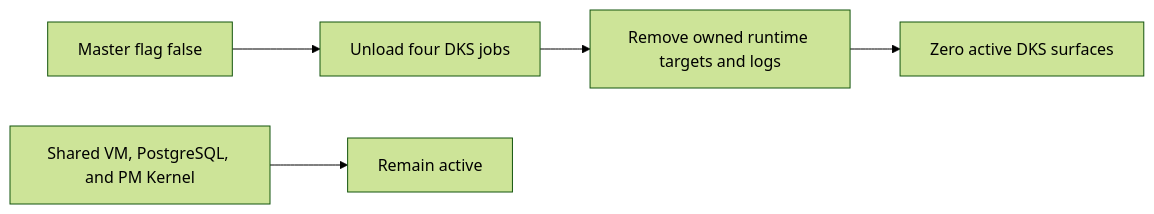
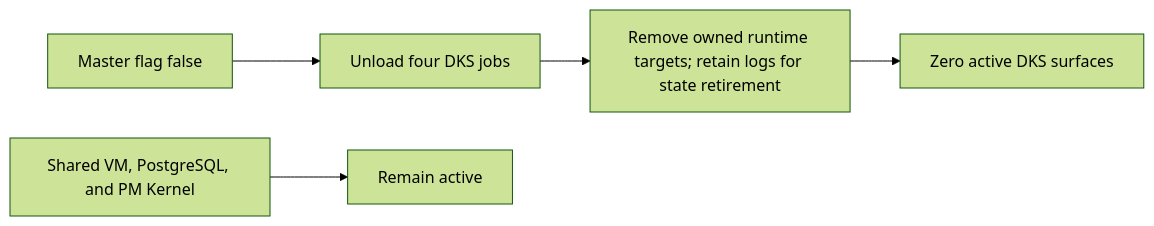
Before and after one commit to Saltiola7/dotfiles-ai: the diagram in docs/specs/dotfiles_ai_distribution/features/dks-feature-retirement.md, drawn with Mermaid (forest theme). The commit also changed other lines of this file and 3 other files, not shown here.

````diff
--- a/docs/specs/dotfiles_ai_distribution/features/dks-feature-retirement.md
+++ b/docs/specs/dotfiles_ai_distribution/features/dks-feature-retirement.md
@@ -59,9 +76,9 @@
 ```mermaid
 flowchart LR
   accTitle: Host DKS retirement boundary
   accDescr: Distribution disables routing and unloads DKS jobs before removing owned host artifacts, while the shared VM, PostgreSQL, PM Kernel, and source capability remain.
   F[Master flag false] --> U[Unload four DKS jobs]
-  U --> R[Remove owned runtime targets and logs]
+  U --> R[Remove owned runtime targets; retain logs for state retirement]
   R --> Z[Zero active DKS surfaces]
   P[Shared VM, PostgreSQL, and PM Kernel] --> K[Remain active]
 ```
````
